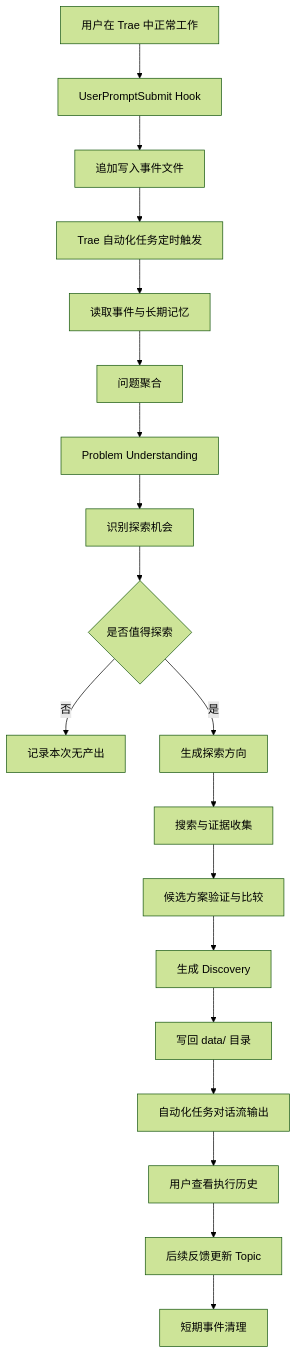
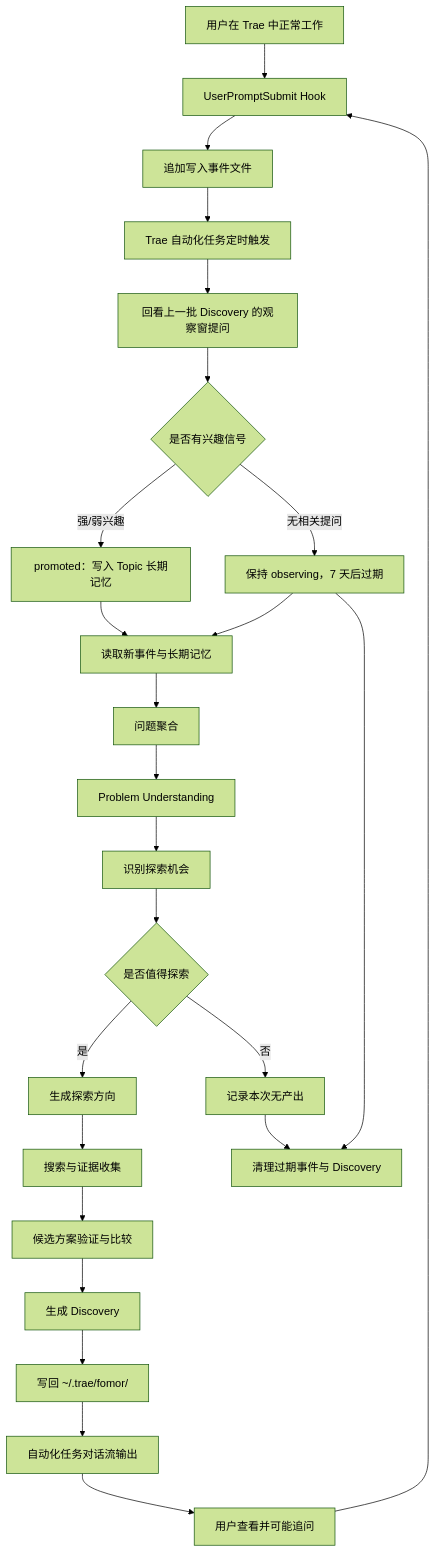
Before and after one commit to LYJ132/Fomor: the second of 3 diagrams in docs/PRD.md, drawn with Mermaid (forest theme). The commit also changed other lines of this file and 2 other files, not shown here.

````diff
--- a/docs/PRD.md
+++ b/docs/PRD.md
@@ -781,21 +837,27 @@
 ```mermaid
 flowchart TD
     A[用户在 Trae 中正常工作] --> B[UserPromptSubmit Hook]
     B --> C[追加写入事件文件]
     C --> D[Trae 自动化任务定时触发]
-    D --> E[读取事件与长期记忆]
-    E --> F[问题聚合]
-    F --> G[Problem Understanding]
-    G --> H[识别探索机会]
-    H --> I{是否值得探索}
-    I -->|否| J[记录本次无产出]
-    I -->|是| K[生成探索方向]
-    K --> L[搜索与证据收集]
-    L --> M[候选方案验证与比较]
-    M --> N[生成 Discovery]
-    N --> O[写回 data/ 目录]
-    O --> P[自动化任务对话流输出]
-    P --> Q[用户查看执行历史]
-    Q --> R[后续反馈更新 Topic]
-    R --> S[短期事件清理]
+    D --> E[回看上一批 Discovery 的观察窗提问]
+    E --> F{是否有兴趣信号}
+    F -->|强/弱兴趣| G[promoted：写入 Topic 长期记忆]
+    F -->|无相关提问| H[保持 observing，7 天后过期]
+    G --> I[读取新事件与长期记忆]
+    H --> I
+    I --> J[问题聚合]
+    J --> K[Problem Understanding]
+    K --> L[识别探索机会]
+    L --> M{是否值得探索}
+    M -->|否| N[记录本次无产出]
+    M -->|是| O[生成探索方向]
+    O --> P[搜索与证据收集]
+    P --> Q[候选方案验证与比较]
+    Q --> R[生成 Discovery]
+    R --> S[写回 ~/.trae/fomor/]
+    S --> T[自动化任务对话流输出]
+    T --> U[用户查看并可能追问]
+    U --> B
+    N --> V[清理过期事件与 Discovery]
+    H --> V
 ```
````
